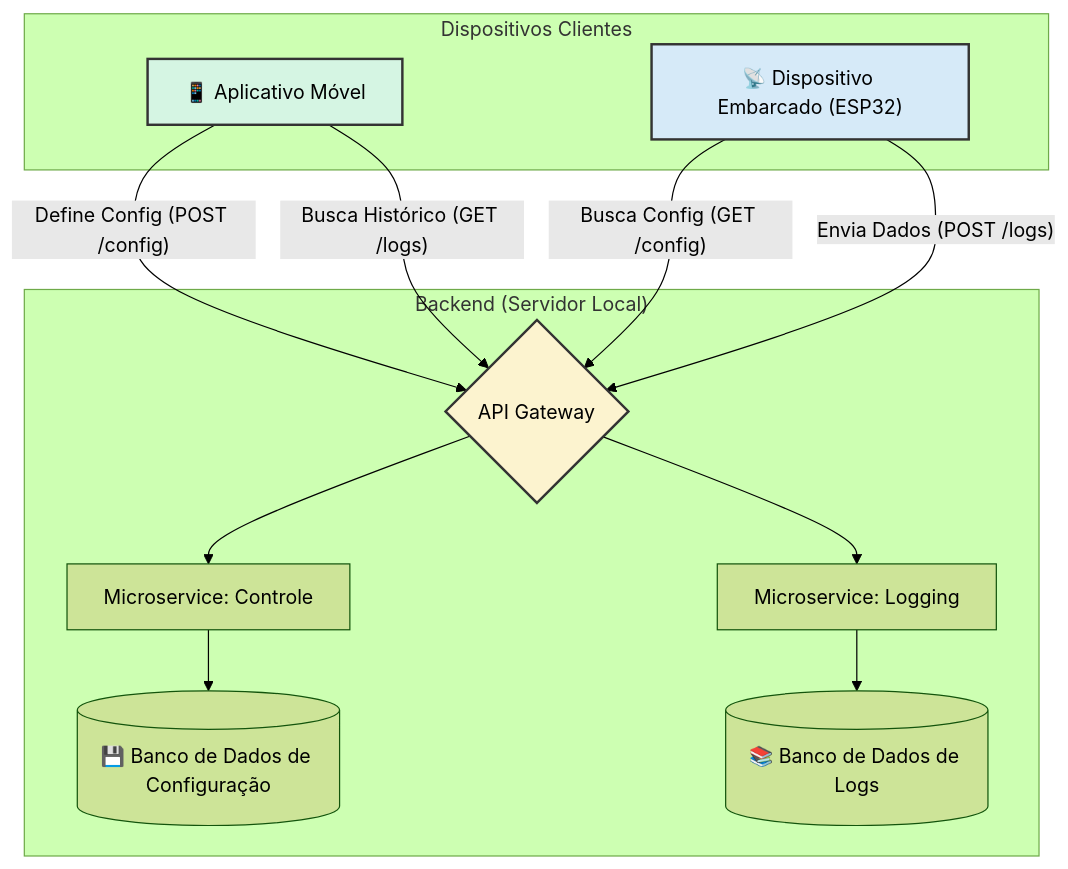
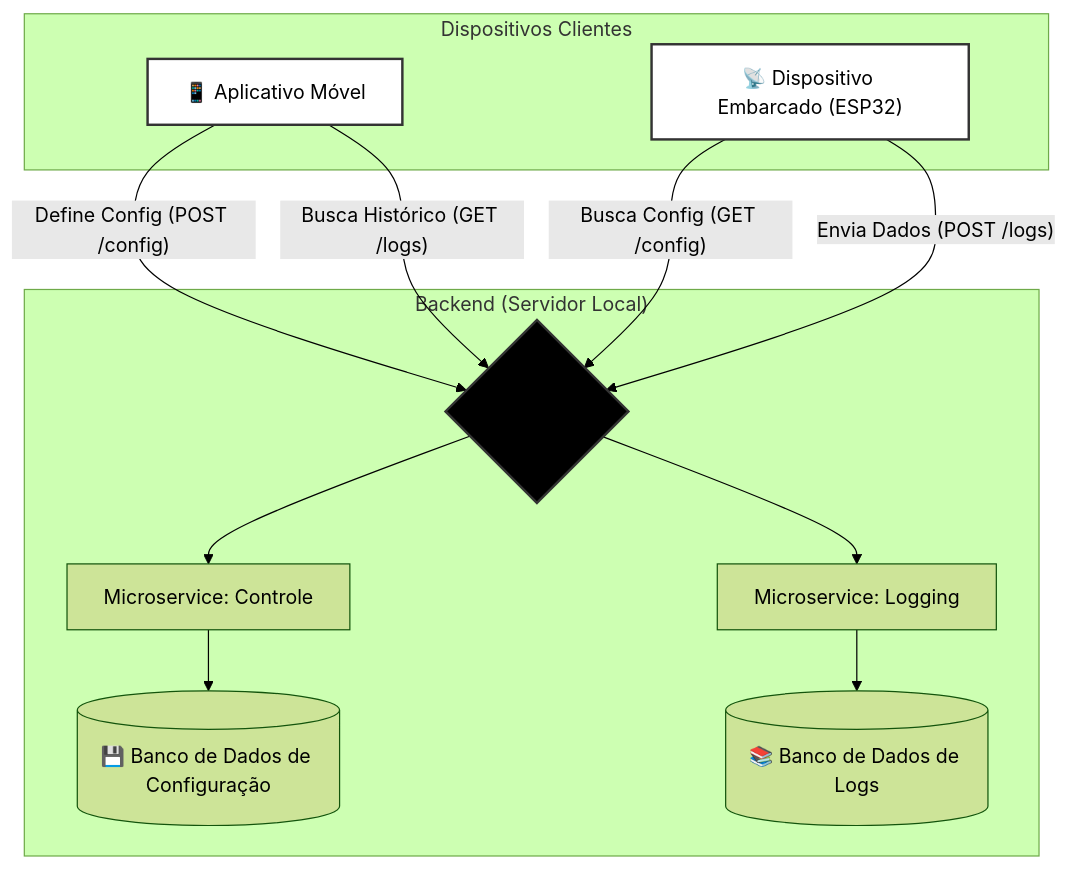
The diagram in README.md (bernardothives/projeto-final-dsme), drawn with Mermaid (forest theme) before and after one commit.

````diff
--- a/README.md
+++ b/README.md
@@ -13,29 +13,29 @@
 ```mermaid
 graph TD
     subgraph "Dispositivos Clientes"
         App["📱 Aplicativo Móvel"]
         ESP["📡 Dispositivo Embarcado (ESP32)"]
     end
 
     subgraph "Backend (Servidor Local)"
         Gateway{API Gateway}
         Controle["Microservice: Controle"]
         Logging["Microservice: Logging"]
         DB_Config[("💾 Banco de Dados de Configuração")]
         DB_Logs[("📚 Banco de Dados de Logs")]
 
         Gateway --> Controle
         Gateway --> Logging
         Controle --> DB_Config
         Logging --> DB_Logs
     end
 
     App -- "Define Config (POST /config)" --> Gateway
     ESP -- "Busca Config (GET /config)" --> Gateway
     ESP -- "Envia Dados (POST /logs)" --> Gateway
     App -- "Busca Histórico (GET /logs)" --> Gateway
 
-    style App fill:#D5F5E3,stroke:#333,stroke-width:2px
-    style ESP fill:#D6EAF8,stroke:#333,stroke-width:2px
-    style Gateway fill:#FCF3CF,stroke:#333,stroke-width:2px
+    style App fill:#FFFFFF,stroke:#333,stroke-width:2px
+    style ESP fill:#FFFFFF,stroke:#333,stroke-width:2px
+    style Gateway fill:#000000,stroke:#333,stroke-width:2px
 ```
````
